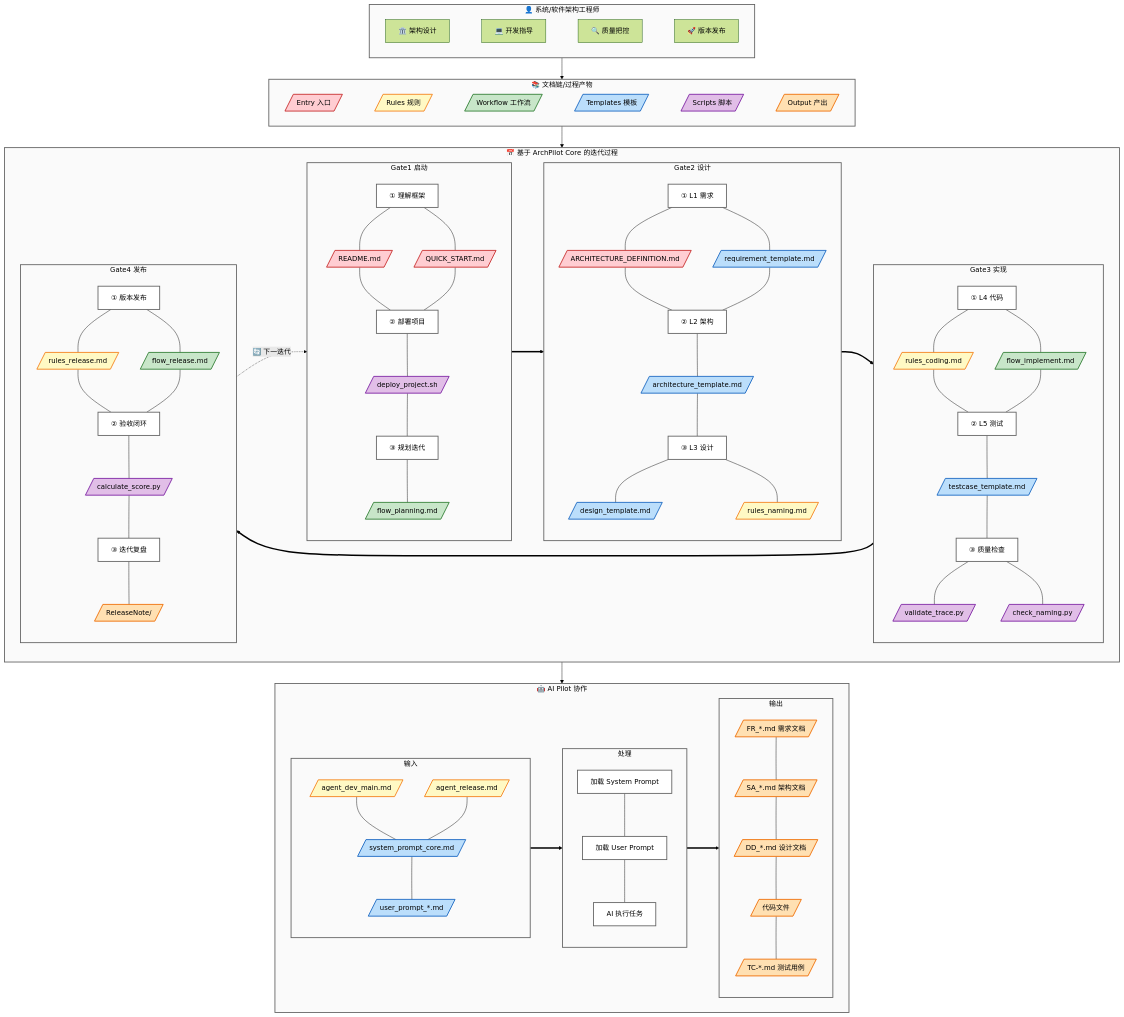
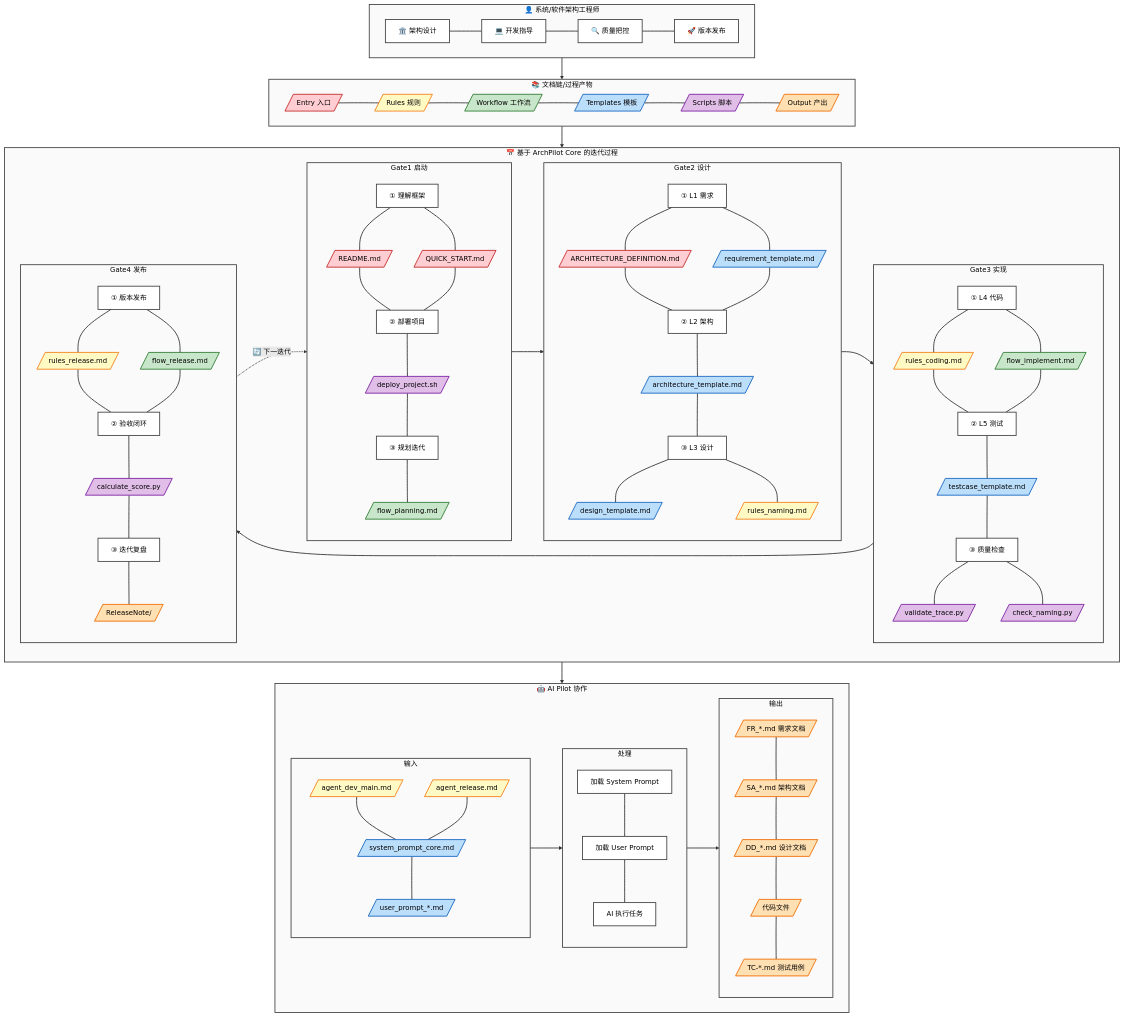
One commit to lukagithub/archpilot_core changed the diagram in Governance/PILOT_GLOBAL_FLOW.mmd. Above: the diagram before and after it, drawn with Mermaid (forest theme). The commit also changed 1 other file, not shown here.

Commit message:
fix: unify Role subgraph style and use black links PILOT_GLOBAL_FLOW.mmd: - Apply stepStyle to R1,R2,R3,R4 nodes in Role subgraph - Change border color from #616161 to #424242 (darker gray) - Add linkStyle default stroke:#333 for black connection lines rules_mermaid.md: - Update border color to #424242 - Add link style rule (black #333, 2px width) Improves visibility and consistency across all subgraphs

```diff
--- a/Governance/PILOT_GLOBAL_FLOW.mmd
+++ b/Governance/PILOT_GLOBAL_FLOW.mmd
@@ -1,193 +1,197 @@
 %% ========================================
 %% ArchPilot Core 全局 Pilot 流程图
 %% 角色：系统架构师 / 软件架构工程师
 %% 说明：展示如何使用整个工程的文档资产推进项目迭代
 %% ========================================
 
 flowchart TB
     %% ==================== 角色入口 ====================
     subgraph Role["👤 系统/软件架构工程师"]
         direction LR
         R1["🏛️ 架构设计"] ~~~ R2["💻 开发指导"] ~~~ R3["🔍 质量把控"] ~~~ R4["🚀 版本发布"]
     end
 
     %% ==================== 图例（文档维度颜色） ====================
     subgraph Legend["📚 文档链/过程产物"]
         direction LR
         L1[/"Entry 入口"/]
         L2[/"Rules 规则"/]
         L3[/"Workflow 工作流"/]
         L4[/"Templates 模板"/]
         L5[/"Scripts 脚本"/]
         L6[/"Output 产出"/]
         L1 ~~~ L2 ~~~ L3 ~~~ L4 ~~~ L5 ~~~ L6
     end
 
     %% ==================== Pilot 迭代周期（核心） ====================
     subgraph Phases["📅 基于 ArchPilot Core 的迭代过程"]
         direction LR
 
         subgraph P1["Gate1 启动"]
             direction TB
             P1_S["① 理解框架"]
             P1_D1[/"README.md"/]
             P1_D2[/"QUICK_START.md"/]
             P1_M["② 部署项目"]
             P1_D3[/"deploy_project.sh"/]
             P1_E["③ 规划迭代"]
             P1_D4[/"flow_planning.md"/]
             P1_S --- P1_D1 & P1_D2
             P1_D1 & P1_D2 --- P1_M
             P1_M --- P1_D3
             P1_D3 --- P1_E
             P1_E --- P1_D4
         end
 
         subgraph P2["Gate2 设计"]
             direction TB
             P2_S["① L1 需求"]
             P2_D1[/"ARCHITECTURE_DEFINITION.md"/]
             P2_D2[/"requirement_template.md"/]
             P2_M["② L2 架构"]
             P2_D3[/"architecture_template.md"/]
             P2_E["③ L3 设计"]
             P2_D4[/"design_template.md"/]
             P2_D5[/"rules_naming.md"/]
             P2_S --- P2_D1 & P2_D2
             P2_D1 & P2_D2 --- P2_M
             P2_M --- P2_D3
             P2_D3 --- P2_E
             P2_E --- P2_D4 & P2_D5
         end
 
         subgraph P3["Gate3 实现"]
             direction TB
             P3_S["① L4 代码"]
             P3_D1[/"rules_coding.md"/]
             P3_D2[/"flow_implement.md"/]
             P3_M["② L5 测试"]
             P3_D3[/"testcase_template.md"/]
             P3_E["③ 质量检查"]
             P3_D4[/"validate_trace.py"/]
             P3_D5[/"check_naming.py"/]
             P3_S --- P3_D1 & P3_D2
             P3_D1 & P3_D2 --- P3_M
             P3_M --- P3_D3
             P3_D3 --- P3_E
             P3_E --- P3_D4 & P3_D5
         end
 
         subgraph P4["Gate4 发布"]
             direction TB
             P4_S["① 版本发布"]
             P4_D1[/"rules_release.md"/]
             P4_D2[/"flow_release.md"/]
             P4_M["② 验收闭环"]
             P4_D3[/"calculate_score.py"/]
             P4_E["③ 迭代复盘"]
             P4_D4[/"ReleaseNote/"/]
             P4_S --- P4_D1 & P4_D2
             P4_D1 & P4_D2 --- P4_M
             P4_M --- P4_D3
             P4_D3 --- P4_E
             P4_E --- P4_D4
         end
 
         P1 ==> P2 ==> P3 ==> P4
     end
 
     %% 迭代闭环
     P4 -.->|🔄 下一迭代| P1
 
     %% ==================== AI Pilot 协作（底部） ====================
     subgraph AI_Pilot["🤖 AI Pilot 协作"]
         direction LR
 
         subgraph AI_IN["输入"]
             direction TB
             AI_D1[/"agent_dev_main.md"/]
             AI_D2[/"agent_release.md"/]
             AI_D3[/"system_prompt_core.md"/]
             AI_D4[/"user_prompt_*.md"/]
             AI_D1 & AI_D2 --- AI_D3
             AI_D3 --- AI_D4
         end
 
         subgraph AI_PROC["处理"]
             direction TB
             AI_P1["加载 System Prompt"]
             AI_P2["加载 User Prompt"]
             AI_P3["AI 执行任务"]
             AI_P1 --- AI_P2 --- AI_P3
         end
 
         subgraph AI_OUT["输出"]
             direction TB
             AI_O1[/"FR_*.md 需求文档"/]
             AI_O2[/"SA_*.md 架构文档"/]
             AI_O3[/"DD_*.md 设计文档"/]
             AI_O4[/"代码文件"/]
             AI_O5[/"TC-*.md 测试用例"/]
             AI_O1 --- AI_O2 --- AI_O3 --- AI_O4 --- AI_O5
         end
 
         AI_IN ==> AI_PROC ==> AI_OUT
     end
 
     %% ==================== 层级连接 ====================
     Role --> Legend
     Legend --> Phases
     Phases --> AI_Pilot
 
+    %% ==================== 连线样式（黑色） ====================
+    linkStyle default stroke:#333,stroke-width:2px
+
     %% ==================== 样式定义 ====================
-    %% 框架样式（所有大框统一背景色）
-    classDef frameStyle fill:#fafafa,stroke:#616161,stroke-width:2px,color:#000
-    classDef stepStyle fill:#fff,stroke:#616161,stroke-width:2px,color:#000
+    %% 框架样式（所有大框统一背景色，连线黑色）
+    classDef frameStyle fill:#fafafa,stroke:#424242,stroke-width:2px,color:#000
+    classDef stepStyle fill:#fff,stroke:#424242,stroke-width:2px,color:#000
 
     %% 文档维度颜色（仅用于文档节点）
     classDef entryStyle fill:#ffcdd2,stroke:#c62828,stroke-width:2px,color:#000
     classDef ruleStyle fill:#fff9c4,stroke:#f57f17,stroke-width:2px,color:#000
     classDef workflowStyle fill:#c8e6c9,stroke:#2e7d32,stroke-width:2px,color:#000
     classDef tplStyle fill:#bbdefb,stroke:#1565c0,stroke-width:2px,color:#000
     classDef scriptStyle fill:#e1bee7,stroke:#7b1fa2,stroke-width:2px,color:#000
     classDef outputStyle fill:#ffe0b2,stroke:#ef6c00,stroke-width:2px,color:#000
 
     %% 应用样式 - 所有大框统一
     class Role,Legend,Phases,P1,P2,P3,P4,AI_Pilot,AI_IN,AI_PROC,AI_OUT frameStyle
     class P1_S,P1_M,P1_E,P2_S,P2_M,P2_E,P3_S,P3_M,P3_E,P4_S,P4_M,P4_E stepStyle
     class AI_P1,AI_P2,AI_P3 stepStyle
+    class R1,R2,R3,R4 stepStyle
 
     %% 图例颜色
     class L1 entryStyle
     class L2 ruleStyle
     class L3 workflowStyle
     class L4 tplStyle
     class L5 scriptStyle
     class L6 outputStyle
 
     %% Gate1: Entry(红) + Scripts(紫) + Workflow(绿)
     class P1_D1,P1_D2 entryStyle
     class P1_D3 scriptStyle
     class P1_D4 workflowStyle
 
     %% Gate2: Entry(红) + Templates(蓝) + Rules(黄)
     class P2_D1 entryStyle
     class P2_D2,P2_D3,P2_D4 tplStyle
     class P2_D5 ruleStyle
 
     %% Gate3: Rules(黄) + Workflow(绿) + Templates(蓝) + Scripts(紫)
     class P3_D1 ruleStyle
     class P3_D2 workflowStyle
     class P3_D3 tplStyle
     class P3_D4,P3_D5 scriptStyle
 
     %% Gate4: Rules(黄) + Workflow(绿) + Scripts(紫) + Output(橙)
     class P4_D1 ruleStyle
     class P4_D2 workflowStyle
     class P4_D3 scriptStyle
     class P4_D4 outputStyle
 
     %% AI Pilot: 输入(Agents=规则色, Prompts=模板色) + 输出(产出色)
     class AI_D1,AI_D2 ruleStyle
     class AI_D3,AI_D4 tplStyle
     class AI_O1,AI_O2,AI_O3,AI_O4,AI_O5 outputStyle
```
